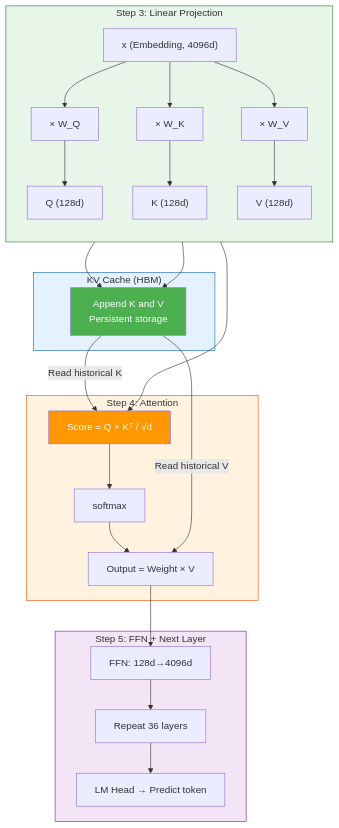
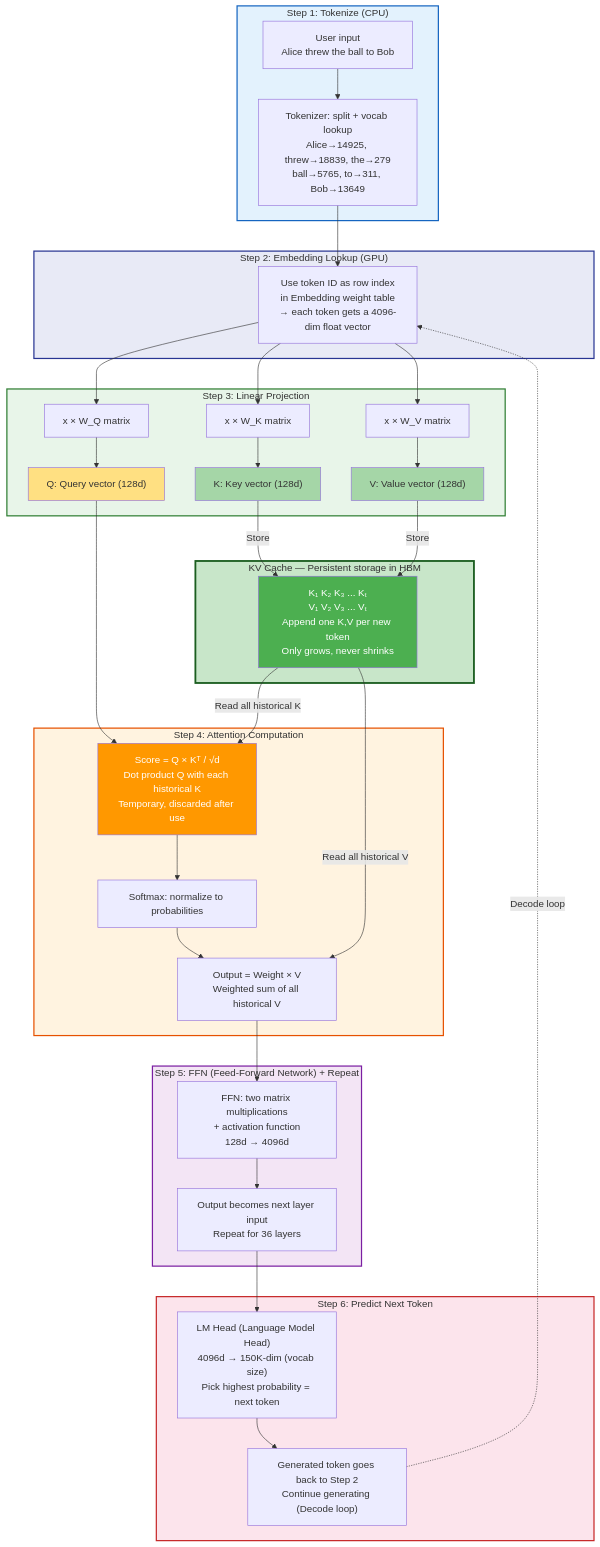
One commit to david-xinyuwei/david-share changed the diagram in Deep-Learning/KV-Cache-Deep-Dive/README.md. Above: the diagram before and after it, drawn with Mermaid. The commit also changed other lines of this file and 1 other file, not shown here.

Commit message:
Replace Step3-5 diagram with full Step1-6 pipeline, add annotations

````diff
--- a/Deep-Learning/KV-Cache-Deep-Dive/README.md
+++ b/Deep-Learning/KV-Cache-Deep-Dive/README.md
@@ -82,39 +82,62 @@
 ```mermaid
 graph TD
-    subgraph STEP3["Step 3: Linear Projection"]
-        direction TB
-        X["x (Embedding, 4096d)"]
-        WQ["× W_Q"] --> Q["Q (128d)"]
-        WK["× W_K"] --> K["K (128d)"]
-        WV["× W_V"] --> V["V (128d)"]
-        X --> WQ
-        X --> WK
-        X --> WV
+    subgraph STEP1["Step 1: Tokenize (CPU)"]
+        INPUT["User input<br/>Alice threw the ball to Bob"] --> TOK["Tokenizer: split + vocab lookup<br/>Alice→14925, threw→18839, the→279<br/>ball→5765, to→311, Bob→13649"]
     end
 
-    subgraph STORE["KV Cache (HBM)"]
-        KC["Append K and V<br/>Persistent storage"]
+    subgraph STEP2["Step 2: Embedding Lookup (GPU)"]
+        TOK --> EMB["Use token ID as row index<br/>in Embedding weight table<br/>→ each token gets a 4096-dim float vector"]
     end
 
-    subgraph STEP4["Step 4: Attention"]
-        SCORE["Score = Q × Kᵀ / √d"] --> SOFT["softmax"] --> OUT["Output = Weight × V"]
+    subgraph STEP3["Step 3: Linear Projection"]
+        EMB --> WQ["x × W_Q matrix"]
+        EMB --> WK["x × W_K matrix"]
+        EMB --> WV["x × W_V matrix"]
+        WQ --> Q["Q: Query vector (128d)"]
+        WK --> K["K: Key vector (128d)"]
+        WV --> V["V: Value vector (128d)"]
     end
 
-    subgraph STEP5["Step 5: FFN + Next Layer"]
-        FFN["FFN: 128d→4096d"] --> NEXT["Repeat 36 layers"] --> PREDICT["LM Head → Predict token"]
+    subgraph CACHE_ZONE["KV Cache — Persistent storage in HBM"]
+        KC["K₁ K₂ K₃ ... Kₜ<br/>V₁ V₂ V₃ ... Vₜ<br/>Append one K,V per new token<br/>Only grows, never shrinks"]
     end
 
-    K --> KC
-    V --> KC
+    subgraph STEP4["Step 4: Attention Computation"]
+        SCORE["Score = Q × Kᵀ / √d<br/>Dot product Q with each historical K<br/>Temporary, discarded after use"]
+        SOFT["Softmax: normalize to probabilities"]
+        OUT["Output = Weight × V<br/>Weighted sum of all historical V"]
+        SCORE --> SOFT --> OUT
+    end
+
+    subgraph STEP5["Step 5: FFN (Feed-Forward Network) + Repeat"]
+        FFN["FFN: two matrix multiplications<br/>+ activation function<br/>128d → 4096d"]
+        NEXT["Output becomes next layer input<br/>Repeat for 36 layers"]
+    end
+
+    subgraph STEP6["Step 6: Predict Next Token"]
+        PREDICT["LM Head (Language Model Head)<br/>4096d → 150K-dim (vocab size)<br/>Pick highest probability = next token"]
+        LOOP["Generated token goes back to Step 2<br/>Continue generating (Decode loop)"]
+    end
+
+    K -->|"Store"| KC
+    V -->|"Store"| KC
     Q --> SCORE
-    KC -->|"Read historical K"| SCORE
-    KC -->|"Read historical V"| OUT
-    OUT --> FFN
+    KC -->|"Read all historical K"| SCORE
+    KC -->|"Read all historical V"| OUT
+    OUT --> FFN --> NEXT
+    NEXT --> PREDICT --> LOOP
+    LOOP -.->|"Decode loop"| EMB
 
-    style STEP3 fill:#E8F5E9,stroke:#2E7D32
-    style STORE fill:#E3F2FD,stroke:#1565C0
-    style STEP4 fill:#FFF3E0,stroke:#E65100
-    style STEP5 fill:#F3E5F5,stroke:#7B1FA2
+    style STEP1 fill:#E3F2FD,stroke:#1565C0,stroke-width:2px
+    style STEP2 fill:#E8EAF6,stroke:#283593,stroke-width:2px
+    style STEP3 fill:#E8F5E9,stroke:#2E7D32,stroke-width:2px
+    style CACHE_ZONE fill:#C8E6C9,stroke:#1B5E20,stroke-width:3px
+    style STEP4 fill:#FFF3E0,stroke:#E65100,stroke-width:2px
+    style STEP5 fill:#F3E5F5,stroke:#7B1FA2,stroke-width:2px
+    style STEP6 fill:#FCE4EC,stroke:#C62828,stroke-width:2px
     style KC fill:#4CAF50,color:#fff
     style SCORE fill:#FF9800,color:#fff
+    style Q fill:#FFE082
+    style K fill:#A5D6A7
+    style V fill:#A5D6A7
 ```
````
